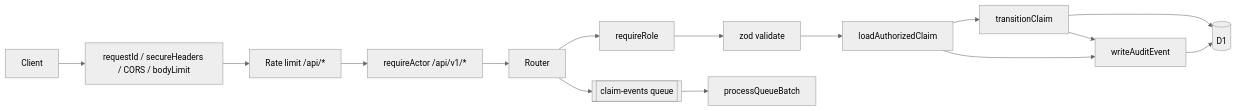
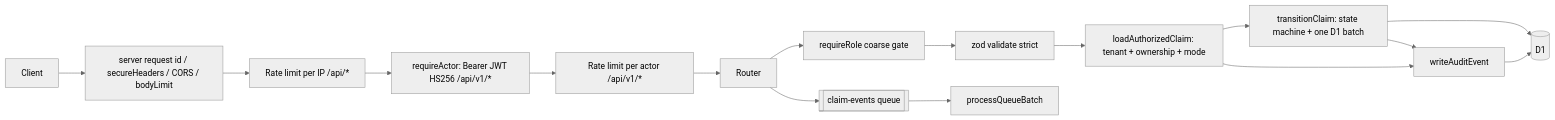
One commit to MainMethod26/Easy-Claim changed the diagram in docs/architecture/BACKEND_ARCHITECTURE.md. Above: the diagram before and after it, drawn with Mermaid (neutral theme). The commit also changed other lines of this file and 26 other files, not shown here.

````diff
--- a/docs/architecture/BACKEND_ARCHITECTURE.md
+++ b/docs/architecture/BACKEND_ARCHITECTURE.md
@@ -35,17 +62,18 @@
 ```mermaid
 flowchart LR
-  C[Client] --> MW[requestId / secureHeaders / CORS / bodyLimit]
-  MW --> RL[Rate limit /api/*]
-  RL --> A[requireActor /api/v1/*]
-  A --> R[Router]
-  R --> RB[requireRole]
-  RB --> V[zod validate]
-  V --> OA[loadAuthorizedClaim]
-  OA --> SM[transitionClaim]
+  C[Client] --> MW[server request id / secureHeaders / CORS / bodyLimit]
+  MW --> RL1[Rate limit per IP /api/*]
+  RL1 --> A[requireActor: Bearer JWT HS256 /api/v1/*]
+  A --> RL2[Rate limit per actor /api/v1/*]
+  RL2 --> R[Router]
+  R --> RB[requireRole coarse gate]
+  RB --> V[zod validate strict]
+  V --> OA[loadAuthorizedClaim: tenant + ownership + mode]
+  OA --> SM[transitionClaim: state machine + one D1 batch]
   SM --> DB[(D1)]
   OA --> AU[writeAuditEvent]
   SM --> AU
   AU --> DB
   R --> Q[[claim-events queue]]
   Q --> QC[processQueueBatch]
 ```
````
